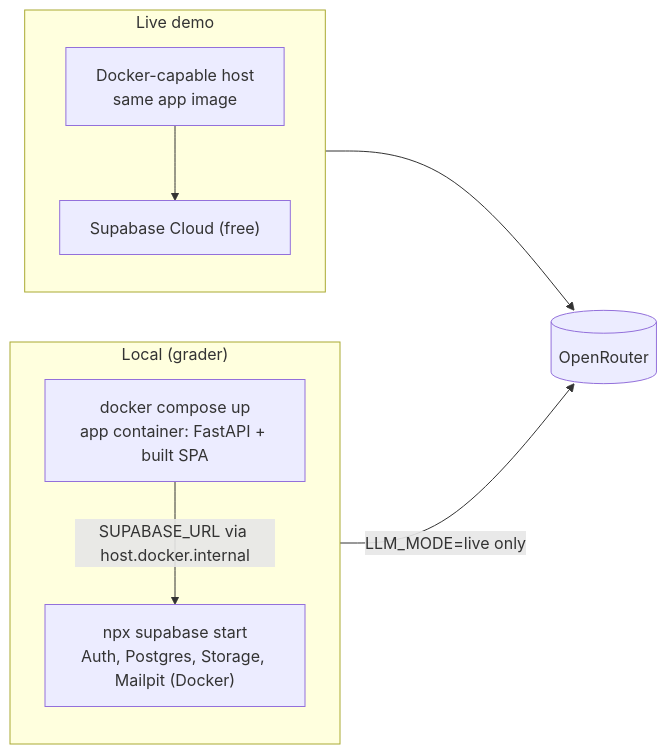
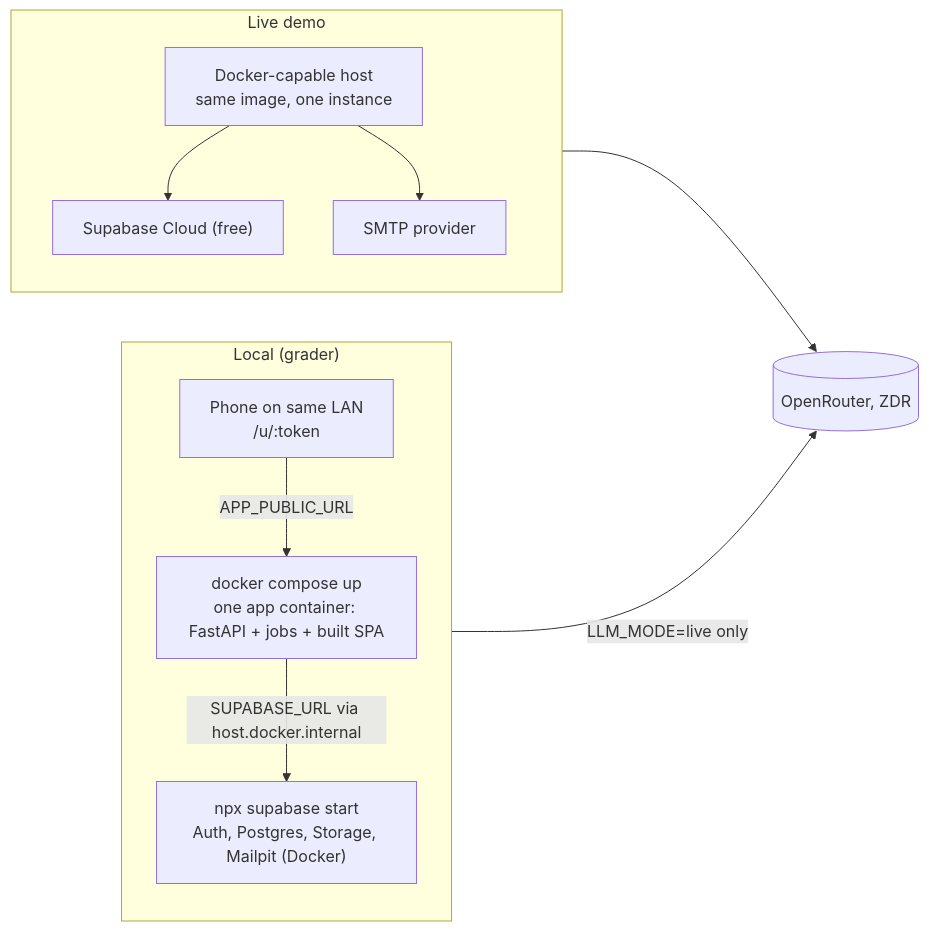
The second of 3 diagrams in _bmad-output/planning-artifacts/architecture/architecture-AI-StudyBuddy-2026-10-13/ARCHITECTURE-SPINE.md (IBE160-2026/G25-kanestrom-voloshyn), drawn with Mermaid before and after one commit. The commit also changed other lines of this file and 8 other files, not shown here.

First line of the commit message:
docs: update architecture spine for the 29-FR PRD

````diff
--- a/_bmad-output/planning-artifacts/architecture/architecture-AI-StudyBuddy-2026-10-13/ARCHITECTURE-SPINE.md
+++ b/_bmad-output/planning-artifacts/architecture/architecture-AI-StudyBuddy-2026-10-13/ARCHITECTURE-SPINE.md
@@ -362,17 +717,20 @@
 ```mermaid
 flowchart LR
   subgraph Local["Local (grader)"]
     direction TB
     SBL["npx supabase start<br/>Auth, Postgres, Storage, Mailpit (Docker)"]
-    APP["docker compose up<br/>app container: FastAPI + built SPA"]
+    APP["docker compose up<br/>one app container: FastAPI + jobs + built SPA"]
     APP -->|SUPABASE_URL via host.docker.internal| SBL
+    PH["Phone on same LAN<br/>/u/:token"] -->|APP_PUBLIC_URL| APP
   end
   subgraph Cloud["Live demo"]
     direction TB
-    HOST["Docker-capable host<br/>same app image"]
+    HOST["Docker-capable host<br/>same image, one instance"]
     SBC["Supabase Cloud (free)"]
+    SM["SMTP provider"]
     HOST --> SBC
+    HOST --> SM
   end
-  APP -->|LLM_MODE=live only| ORT[(OpenRouter)]
+  APP -->|LLM_MODE=live only| ORT[(OpenRouter, ZDR)]
   HOST --> ORT
 ```
````
